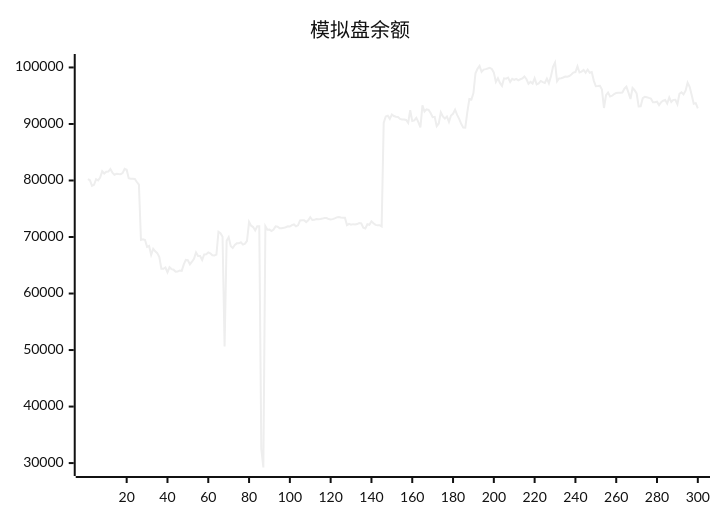
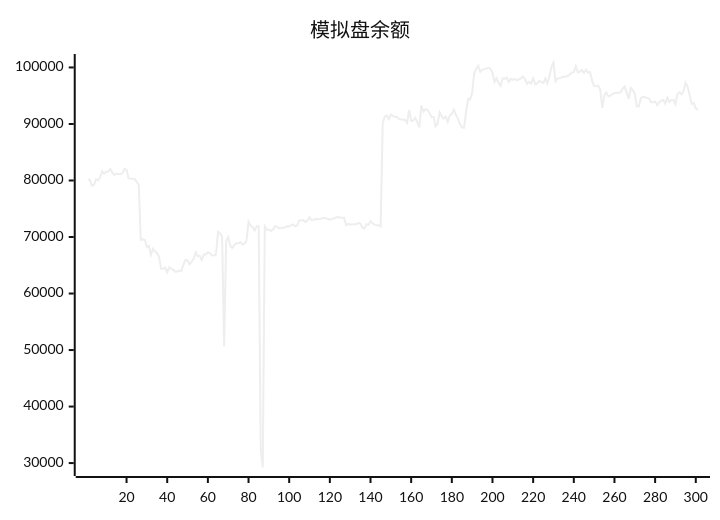
Before and after one commit to aahl/ai-trading: the diagram in README.md, drawn with Mermaid (neutral theme). The commit also changed other lines of this file and 1 other file, not shown here.

````diff
--- a/README.md
+++ b/README.md
@@ -5,5 +5,5 @@
 ```mermaid
 xychart
     title "模拟盘余额"
-    line [80242,80034,79063,79245,80226,80016,80507,81625,81233,81544,81578,82016,81401,81019,81186,81130,81118,81306,82066,81909,80392,80304,80291,80258,79729,79261,69466,69579,69456,68251,68415,66832,67911,67462,67144,66432,64380,64375,64606,63740,64647,64324,64216,63842,63877,64078,64008,65156,65945,65888,65157,65625,66144,67284,66653,66639,65924,66925,66956,67263,67108,66766,66729,66886,70927,70673,70049,50652,69334,69973,68400,68061,68578,68876,68879,69055,68662,68822,69329,72687,71999,71760,71162,71911,71896,32500,29218,71927,71297,71305,71044,71337,71883,71822,71536,71536,71622,71723,71880,71860,72100,72216,71887,72077,72940,72976,72966,72638,72948,73497,73004,73041,73173,73160,73186,73258,73375,73351,73173,73098,73161,73305,73474,73536,73457,73413,73412,72100,72333,72164,72272,72204,72285,72461,72421,71652,71521,72267,72157,72774,72424,72144,72060,72091,71858,90185,91338,91466,90900,91678,91404,91268,91244,90903,90779,90787,90721,90187,92429,90518,90619,91070,90328,89376,93286,92202,92581,92485,91947,91196,91259,89619,90086,92063,91355,90950,91327,90373,91498,91800,92531,91603,90910,90031,89351,89334,92097,94406,94315,95455,98972,99763,100286,99229,99622,99701,99805,99938,99738,99082,97430,98094,97267,96741,98081,98013,98194,97447,97983,97789,97969,97729,97911,98043,98405,97912,97120,97448,97154,98095,97021,97190,97616,97402,97263,98035,97210,98424,100120,100876,97552,98049,98085,98228,98388,98342,98488,98750,99086,99181,100188,99107,99272,99553,99072,99636,99061,99186,97674,96679,96704,96743,96096,92830,95088,95560,94866,94995,95295,95497,95531,95527,95559,96236,96597,95538,94422,96363,95972,95418,93094,93128,94558,94795,94727,94611,94508,93857,93852,93954,93340,93862,94112,94249,93603,94682,93898,94267,94288,93490,95337,95601,95226,95879,97301,96573,95113,93569,93681,92773]
+    line [80242,80034,79063,79245,80226,80016,80507,81625,81233,81544,81578,82016,81401,81019,81186,81130,81118,81306,82066,81909,80392,80304,80291,80258,79729,79261,69466,69579,69456,68251,68415,66832,67911,67462,67144,66432,64380,64375,64606,63740,64647,64324,64216,63842,63877,64078,64008,65156,65945,65888,65157,65625,66144,67284,66653,66639,65924,66925,66956,67263,67108,66766,66729,66886,70927,70673,70049,50652,69334,69973,68400,68061,68578,68876,68879,69055,68662,68822,69329,72687,71999,71760,71162,71911,71896,32500,29218,71927,71297,71305,71044,71337,71883,71822,71536,71536,71622,71723,71880,71860,72100,72216,71887,72077,72940,72976,72966,72638,72948,73497,73004,73041,73173,73160,73186,73258,73375,73351,73173,73098,73161,73305,73474,73536,73457,73413,73412,72100,72333,72164,72272,72204,72285,72461,72421,71652,71521,72267,72157,72774,72424,72144,72060,72091,71858,90185,91338,91466,90900,91678,91404,91268,91244,90903,90779,90787,90721,90187,92429,90518,90619,91070,90328,89376,93286,92202,92581,92485,91947,91196,91259,89619,90086,92063,91355,90950,91327,90373,91498,91800,92531,91603,90910,90031,89351,89334,92097,94406,94315,95455,98972,99763,100286,99229,99622,99701,99805,99938,99738,99082,97430,98094,97267,96741,98081,98013,98194,97447,97983,97789,97969,97729,97911,98043,98405,97912,97120,97448,97154,98095,97021,97190,97616,97402,97263,98035,97210,98424,100120,100876,97552,98049,98085,98228,98388,98342,98488,98750,99086,99181,100188,99107,99272,99553,99072,99636,99061,99186,97674,96679,96704,96743,96096,92830,95088,95560,94866,94995,95295,95497,95531,95527,95559,96236,96597,95538,94422,96363,95972,95418,93094,93128,94558,94795,94727,94611,94508,93857,93852,93954,93340,93862,94112,94249,93603,94682,93898,94267,94288,93490,95337,95601,95226,95879,97301,96573,95113,93569,93681,92773,92453]
 ```
````
